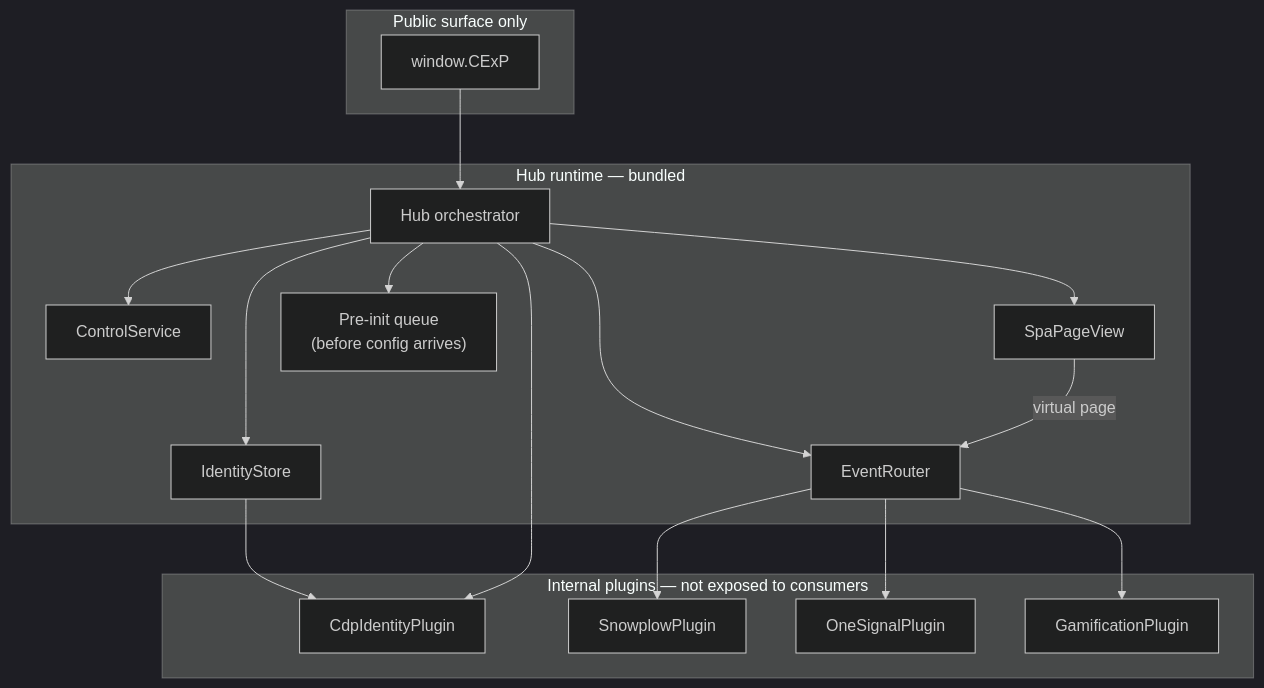
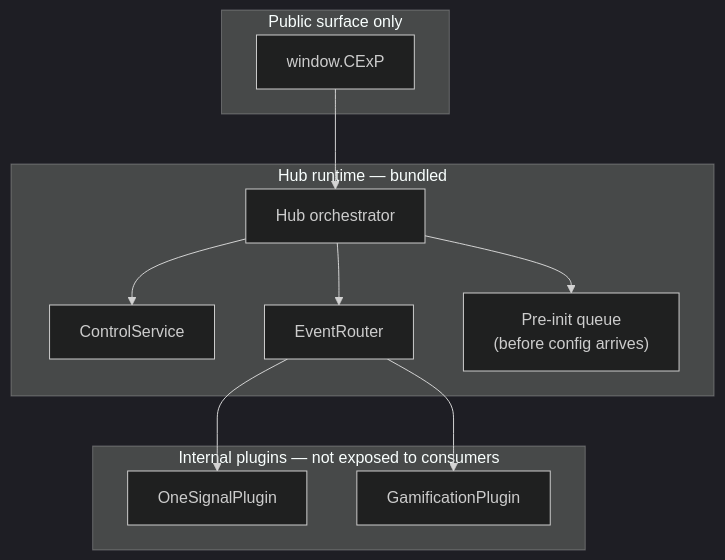
The fourth of 8 diagrams in docs/superpowers/architecture/2026-03-20-cexp-hub-sdk-system-architecture.md (CExP-dev/cexp-hub-sdk), drawn with Mermaid (dark theme) before and after one commit. The commit also changed other lines of this file and 10 other files, not shown here.

````diff
--- a/docs/superpowers/architecture/2026-03-20-cexp-hub-sdk-system-architecture.md
+++ b/docs/superpowers/architecture/2026-03-20-cexp-hub-sdk-system-architecture.md
@@ -71,37 +115,26 @@
 ```mermaid
 flowchart TB
   subgraph publicAPI [Public surface only]
     CExP["window.CExP"]
   end
 
   subgraph hubRuntime [Hub runtime — bundled]
     Hub[Hub orchestrator]
     ControlSvc[ControlService]
     Router[EventRouter]
-    IdStore[IdentityStore]
-    SpaHook[SpaPageView]
     PreQ["Pre-init queue\n(before config arrives)"]
   end
 
   subgraph plugins [Internal plugins — not exposed to consumers]
-    PIdent[CdpIdentityPlugin]
-    PSnow[SnowplowPlugin]
     POne[OneSignalPlugin]
     PGam[GamificationPlugin]
   end
 
   CExP --> Hub
   Hub --> ControlSvc
   Hub --> Router
-  Hub --> IdStore
-  Hub --> SpaHook
   Hub --> PreQ
 
-  Router --> PSnow
   Router --> POne
   Router --> PGam
-  IdStore --> PIdent
-  Hub --> PIdent
-
-  SpaHook -->|"virtual page"| Router
 ```
````
